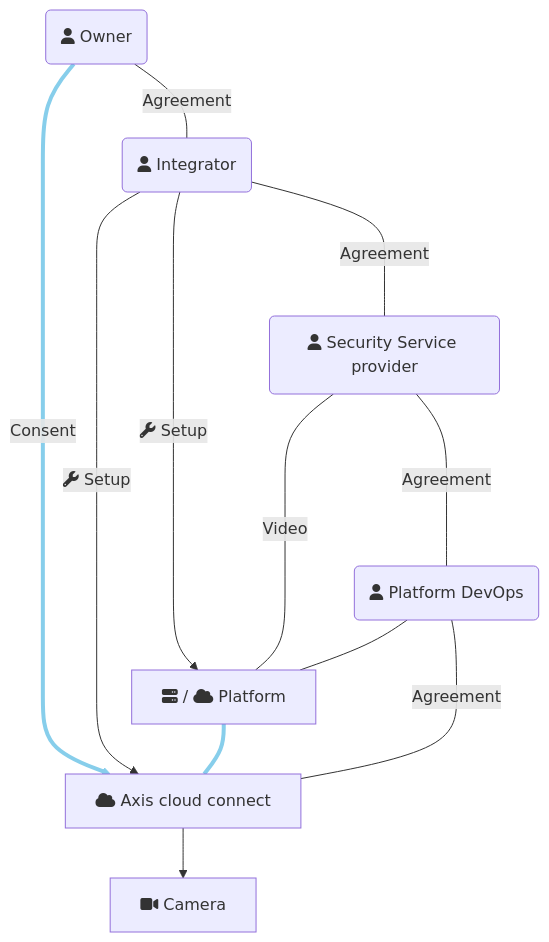
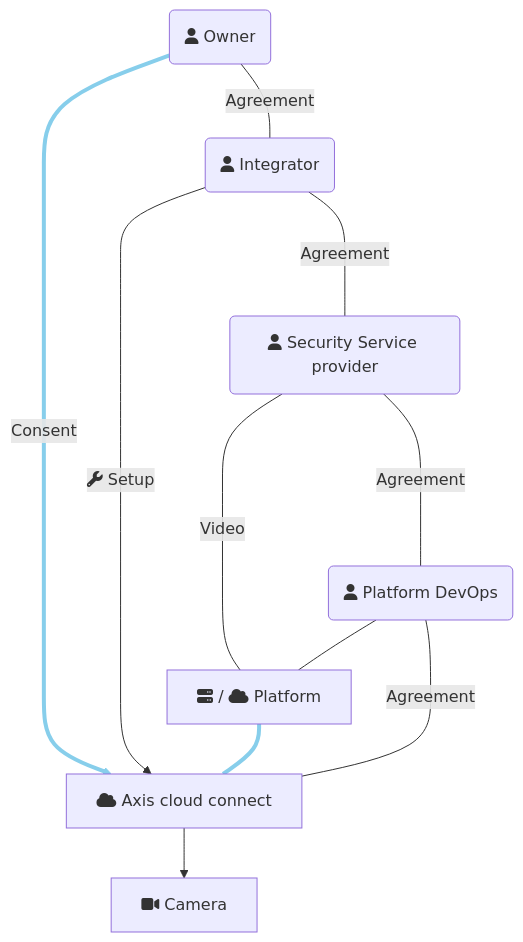
Before and after one commit to janssen70/P: the diagram in doc/graph.mermaid, drawn with Mermaid. The commit also changed 4 other files, not shown here.

```diff
--- a/doc/graph.mermaid
+++ b/doc/graph.mermaid
@@ -1,20 +1,20 @@
 flowchart TD
    O(fas:fa-user Owner)
    S(fas:fa-user Security Service provider)
    I(fas:fa-user Integrator)
    D(fas:fa-user Platform DevOps)
    P[fas:fa-server / fas:fa-cloud Platform]
    C[fas:fa-video Camera]
    CC[fas:fa-cloud Axis cloud connect]
    P --- CC
    I --> | fas:fa-wrench Setup | CC
-   I --> | fas:fa-wrench Setup | P
+%%   I --> | fas:fa-wrench Setup | P
    CC --> C
    O --> |Consent| CC
    S --- |Video| P
    O --- | Agreement | I
    I ---- | Agreement | S
    D --- P
    D --- | Agreement | CC
    S ---- | Agreement | D
-   linkStyle 0,4 stroke:skyblue,stroke-width:4;
+   linkStyle 0,3 stroke:skyblue,stroke-width:4;
```
